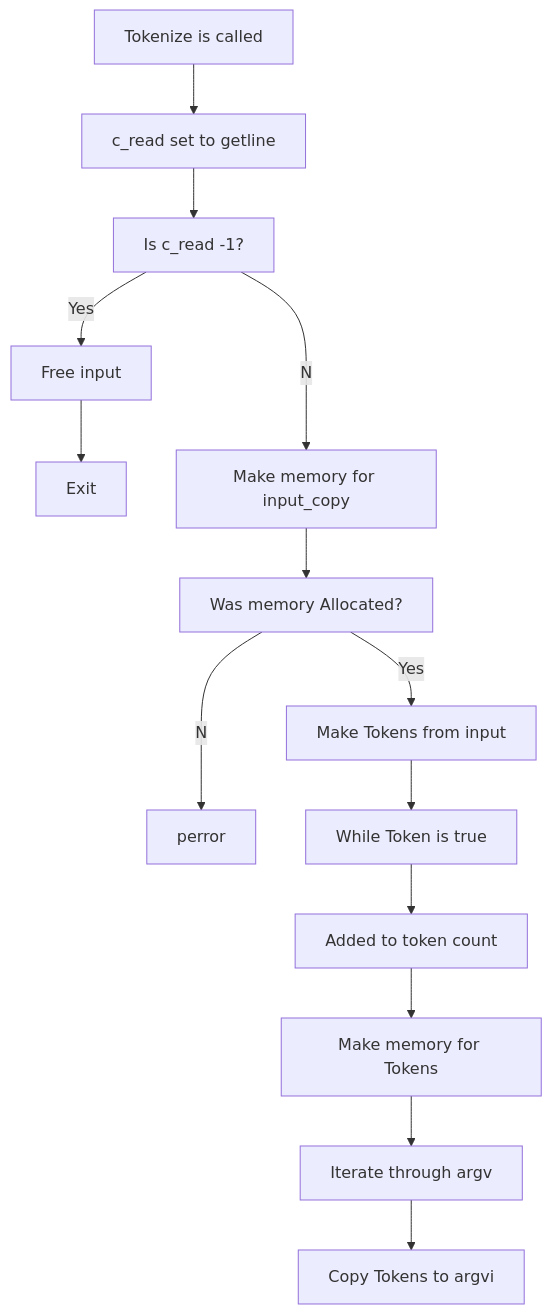
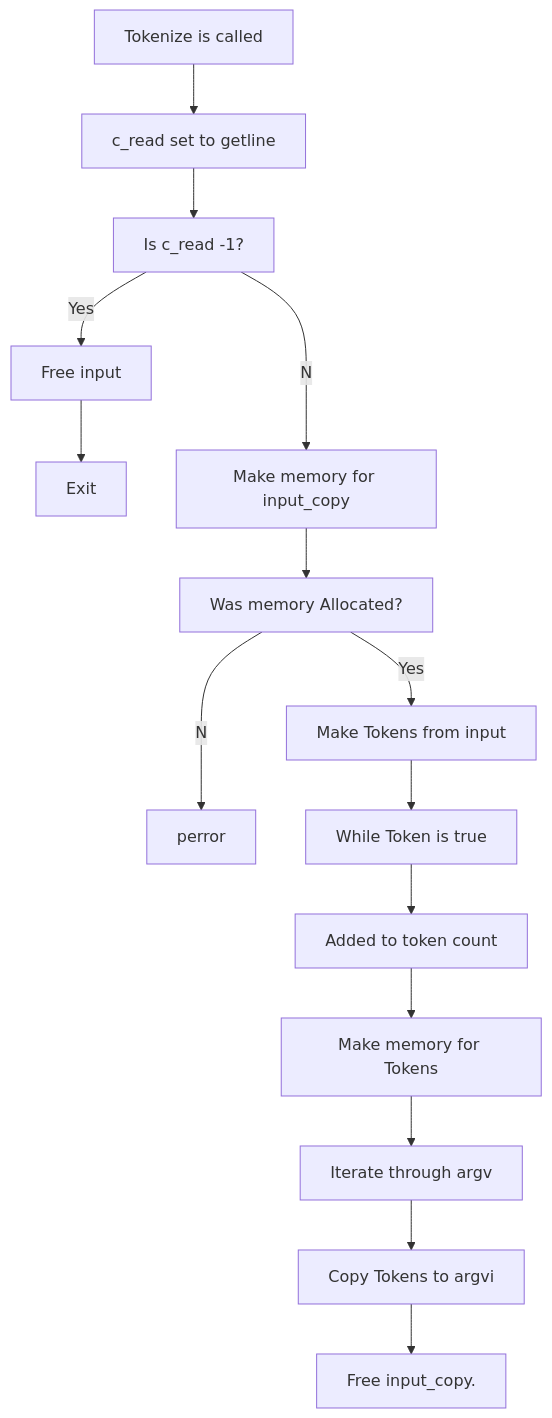
One commit to LeeWest89/MySuperRepo changed the diagram in README.md. Above: the diagram before and after it, drawn with Mermaid.

````diff
--- a/README.md
+++ b/README.md
@@ -3,16 +3,17 @@
 ```mermaid
 flowchart TB;
   A[Tokenize is called]-->B[c_read set to getline];
   B-->C[Is c_read -1?];
   C--Yes-->D[Free input];
   D-->E[Exit];
   C--No-->F[Make memory for input_copy];
   F-->G[Was memory Allocated?];
   G--No-->H[perror];
   G--Yes-->I[Make Tokens from input];
   I-->J[While Token is true];
   J-->K[Added to token count];
   K-->L[Make memory for Tokens];
   L-->M[Iterate through argv];
   M-->N[Copy Tokens to argvi];
+  N-->O[Free input_copy.];
 ```
````
